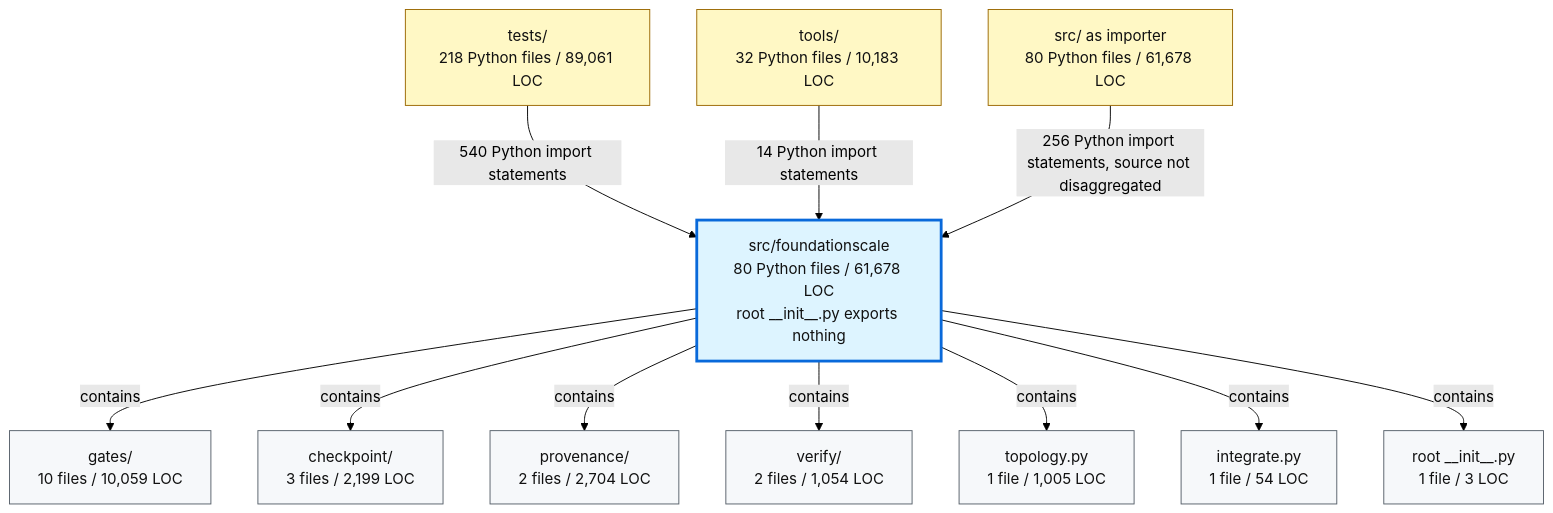
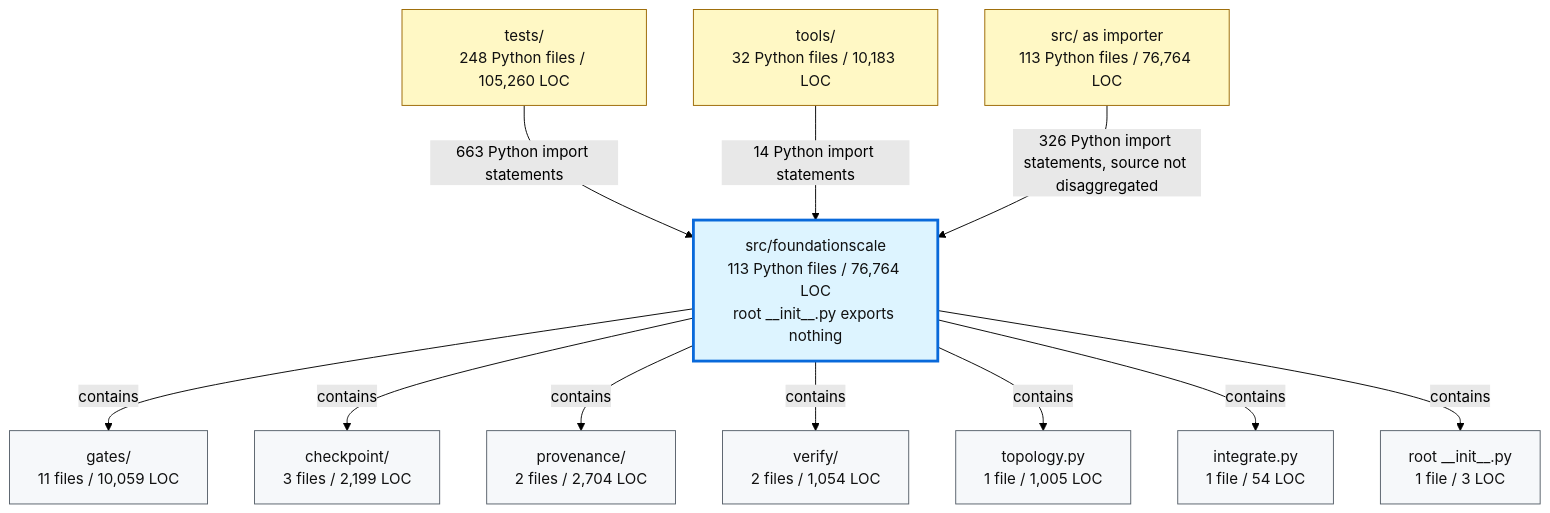
One commit to TranNhiem/FoundationScale changed the second of 2 diagrams in docs/review/D2_current_architecture.md. Above: the diagram before and after it, drawn with Mermaid (forest theme). The commit also changed other lines of this file and 10 other files, not shown here.

````diff
--- a/docs/review/D2_current_architecture.md
+++ b/docs/review/D2_current_architecture.md
@@ -97,36 +97,36 @@
 ```mermaid
 flowchart TB
-  TESTS["tests/<br/>218 Python files / 89,061 LOC"]
+  TESTS["tests/<br/>248 Python files / 105,260 LOC"]
   TOOLS["tools/<br/>32 Python files / 10,183 LOC"]
-  SRC["src/ as importer<br/>80 Python files / 61,678 LOC"]
+  SRC["src/ as importer<br/>113 Python files / 76,764 LOC"]
 
-  FS["src/foundationscale<br/>80 Python files / 61,678 LOC<br/>root __init__.py exports nothing"]
+  FS["src/foundationscale<br/>113 Python files / 76,764 LOC<br/>root __init__.py exports nothing"]
 
-  GATES["gates/<br/>10 files / 10,059 LOC"]
+  GATES["gates/<br/>11 files / 10,059 LOC"]
   CKPT["checkpoint/<br/>3 files / 2,199 LOC"]
   PROV["provenance/<br/>2 files / 2,704 LOC"]
   VERIFY["verify/<br/>2 files / 1,054 LOC"]
   TOPO["topology.py<br/>1 file / 1,005 LOC"]
   INTEG["integrate.py<br/>1 file / 54 LOC"]
   ROOT["root __init__.py<br/>1 file / 3 LOC"]
 
-  TESTS -->|"540 Python import statements"| FS
+  TESTS -->|"663 Python import statements"| FS
   TOOLS -->|"14 Python import statements"| FS
-  SRC -->|"256 Python import statements, source not disaggregated"| FS
+  SRC -->|"326 Python import statements, source not disaggregated"| FS
 
   FS -->|"contains"| GATES
   FS -->|"contains"| CKPT
   FS -->|"contains"| PROV
   FS -->|"contains"| VERIFY
   FS -->|"contains"| TOPO
   FS -->|"contains"| INTEG
   FS -->|"contains"| ROOT
 
   classDef consumer fill:#fff8c5,stroke:#9a6700,color:#111;
   classDef package fill:#ddf4ff,stroke:#0969da,stroke-width:3px,color:#111;
   classDef module fill:#f6f8fa,stroke:#57606a,color:#111;
 
   class TESTS,TOOLS,SRC consumer;
   class FS package;
   class GATES,CKPT,PROV,VERIFY,TOPO,INTEG,ROOT module;
 ```
````
